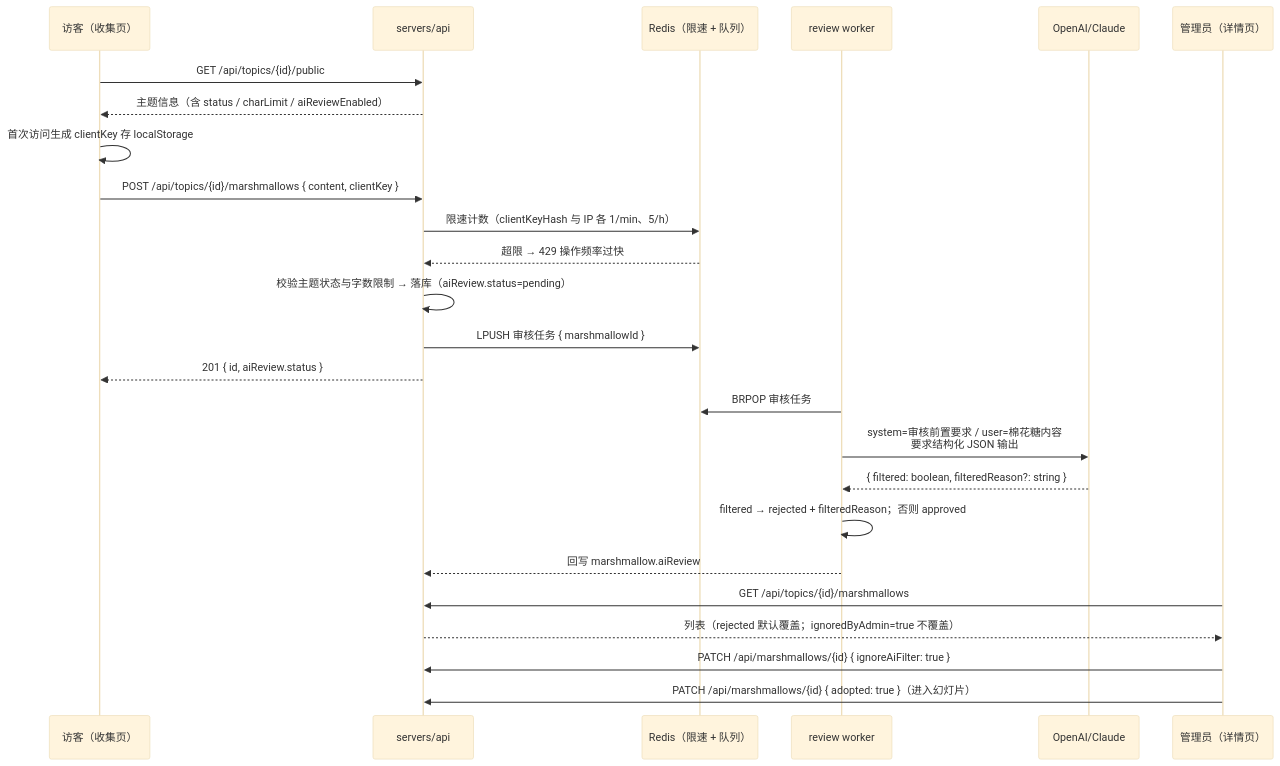
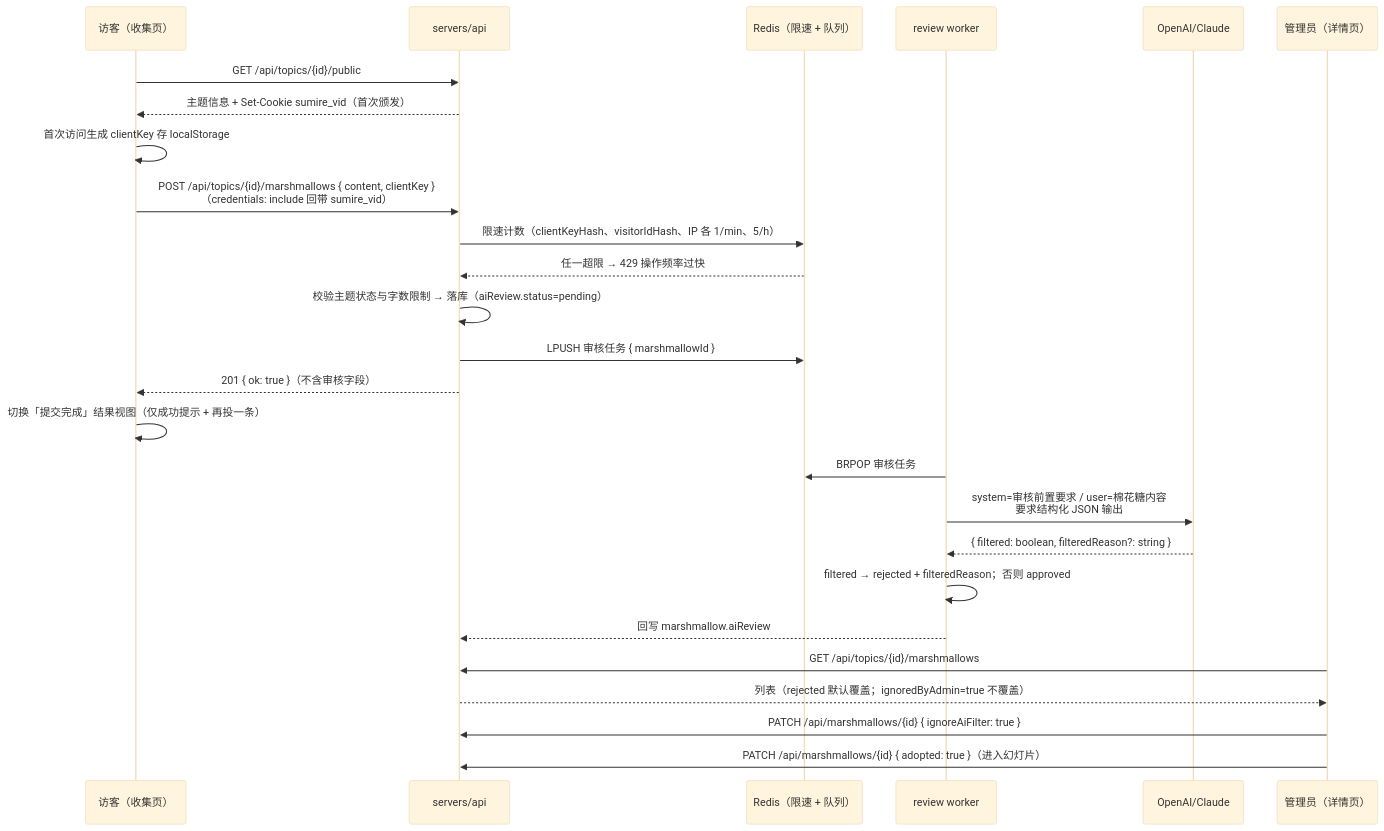
One commit to Deliay/sumire changed the second of 2 diagrams in docs/engineering/proposals/2026-09-06-marshmallow-topics-proposal.md. Above: the diagram before and after it, drawn with Mermaid (base theme). The commit also changed other lines of this file and 1 other file, not shown here.

Commit message:
docs: 棉花糖返工修订——访客投递同步颁发 HttpOnly 访客 Cookie 并纳入限速（localStorage 标识 + Cookie + IP 三维度，各 1分钟1条/1小时5条）；投递响应仅返回 { ok: true }，前端展示提交完成结果视图，不暴露 aiReview 等审核字段

````diff
--- a/docs/engineering/proposals/2026-09-06-marshmallow-topics-proposal.md
+++ b/docs/engineering/proposals/2026-09-06-marshmallow-topics-proposal.md
@@ -167,28 +172,29 @@
 ```mermaid
 sequenceDiagram
     participant V as 访客（收集页）
     participant A as servers/api
     participant R as Redis（限速 + 队列）
     participant W as review worker
     participant AI as OpenAI/Claude
     participant M as 管理员（详情页）
 
     V->>A: GET /api/topics/{id}/public
-    A-->>V: 主题信息（含 status / charLimit / aiReviewEnabled）
+    A-->>V: 主题信息 + Set-Cookie sumire_vid（首次颁发）
     V->>V: 首次访问生成 clientKey 存 localStorage
-    V->>A: POST /api/topics/{id}/marshmallows { content, clientKey }
-    A->>R: 限速计数（clientKeyHash 与 IP 各 1/min、5/h）
-    R-->>A: 超限 → 429 操作频率过快
+    V->>A: POST /api/topics/{id}/marshmallows { content, clientKey }<br/>（credentials: include 回带 sumire_vid）
+    A->>R: 限速计数（clientKeyHash、visitorIdHash、IP 各 1/min、5/h）
+    R-->>A: 任一超限 → 429 操作频率过快
     A->>A: 校验主题状态与字数限制 → 落库（aiReview.status=pending）
     A->>R: LPUSH 审核任务 { marshmallowId }
-    A-->>V: 201 { id, aiReview.status }
+    A-->>V: 201 { ok: true }（不含审核字段）
+    V->>V: 切换「提交完成」结果视图（仅成功提示 + 再投一条）
     W->>R: BRPOP 审核任务
     W->>AI: system=审核前置要求 / user=棉花糖内容<br/>要求结构化 JSON 输出
     AI-->>W: { filtered: boolean, filteredReason?: string }
     W->>W: filtered → rejected + filteredReason；否则 approved
     W-->>A: 回写 marshmallow.aiReview
     M->>A: GET /api/topics/{id}/marshmallows
     A-->>M: 列表（rejected 默认覆盖；ignoredByAdmin=true 不覆盖）
     M->>A: PATCH /api/marshmallows/{id} { ignoreAiFilter: true }
     M->>A: PATCH /api/marshmallows/{id} { adopted: true }（进入幻灯片）
 ```
````
